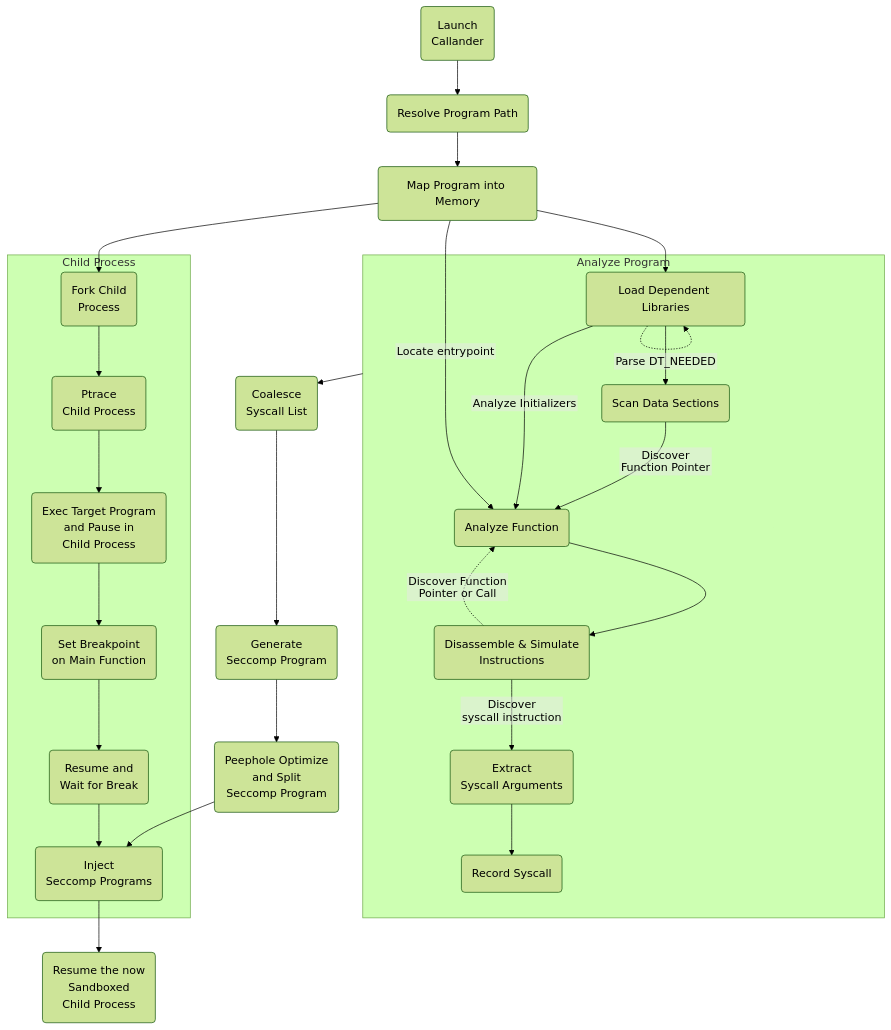
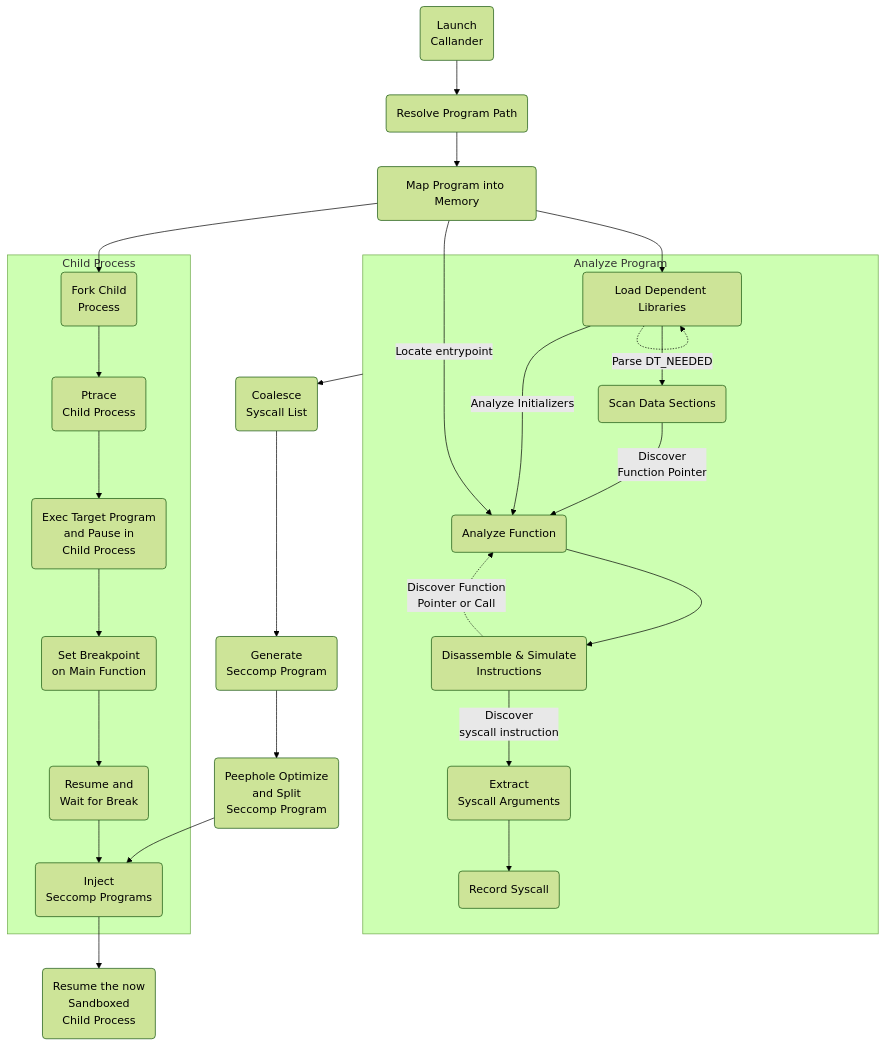
One commit to rpetrich/callander changed the diagram in README.md. Above: the diagram before and after it, drawn with Mermaid (forest theme).

Commit message:
Switch to HTML-style newlines

````diff
--- a/README.md
+++ b/README.md
@@ -161,24 +161,23 @@
 ```mermaid
-%%{init: {"flowchart": {"htmlLabels": false}} }%%
 flowchart 
     AnalyzeProgram --> CoalesceSyscalls
-    Launch(Launch\nCallander) --> ResolveProgram(Resolve Program Path) --> LoadProgram(Map Program into Memory) --> LoadLibraries
+    Launch(Launch<br>Callander) --> ResolveProgram(Resolve Program Path) --> LoadProgram(Map Program into Memory) --> LoadLibraries
     subgraph AnalyzeProgram [Analyze Program]
-        DisassembleInstructions -.-> |Discover Function\nPointer or Call| AnalyzeFunction
+        DisassembleInstructions -.-> |Discover Function<br>Pointer or Call| AnalyzeFunction
         LoadLibraries(Load Dependent Libraries) --> AnalyzeDataSections
         LoadLibraries -.->|Parse DT_NEEDED| LoadLibraries
-        AnalyzeDataSections(Scan Data Sections) -->|Discover\nFunction Pointer| AnalyzeFunction
+        AnalyzeDataSections(Scan Data Sections) -->|Discover<br>Function Pointer| AnalyzeFunction
         LoadLibraries -->|Analyze Initializers| AnalyzeFunction
         AnalyzeFunction(Analyze Function) --> DisassembleInstructions
-        DisassembleInstructions(Disassemble & Simulate\nInstructions) -->|Discover\nsyscall instruction| ExtractArgs(Extract\nSyscall Arguments) --> RecordSyscall(Record Syscall)
+        DisassembleInstructions(Disassemble & Simulate<br>Instructions) -->|Discover<br>syscall instruction| ExtractArgs(Extract<br>Syscall Arguments) --> RecordSyscall(Record Syscall)
     end
     %%subgraph PrepareSeccomp [Prepare Seccomp]
-        CoalesceSyscalls(Coalesce\nSyscall List) --> GenerateSeccompProgram(Generate\nSeccomp Program) --> OptimizeSeccompProgram(Peephole Optimize\nand Split\nSeccomp Program) --> InjectSeccompProgram(Inject\nSeccomp Programs)
+        CoalesceSyscalls(Coalesce<br>Syscall List) --> GenerateSeccompProgram(Generate<br>Seccomp Program) --> OptimizeSeccompProgram(Peephole Optimize<br>and Split<br>Seccomp Program) --> InjectSeccompProgram(Inject<br>Seccomp Programs)
     %%end
     LoadProgram --> ForkChild
     subgraph ChildProcess [Child Process]
-        ForkChild(Fork Child\nProcess) --> Ptrace(Ptrace\nChild Process) --> ExecAndPause(Exec Target Program\nand Pause in\nChild Process) --> SetBreakpoint(Set Breakpoint\non Main Function) --> ResumeChild(Resume and\nWait for Break) --> InjectSeccompProgram
+        ForkChild(Fork Child<br>Process) --> Ptrace(Ptrace<br>Child Process) --> ExecAndPause(Exec Target Program<br>and Pause in<br>Child Process) --> SetBreakpoint(Set Breakpoint<br>on Main Function) --> ResumeChild(Resume and<br>Wait for Break) --> InjectSeccompProgram
     end
     LoadProgram -->|Locate entrypoint| AnalyzeFunction
-    InjectSeccompProgram --> ResumeProgram(Resume the now\nSandboxed\nChild Process)
+    InjectSeccompProgram --> ResumeProgram(Resume the now<br>Sandboxed<br>Child Process)
 ```
````
